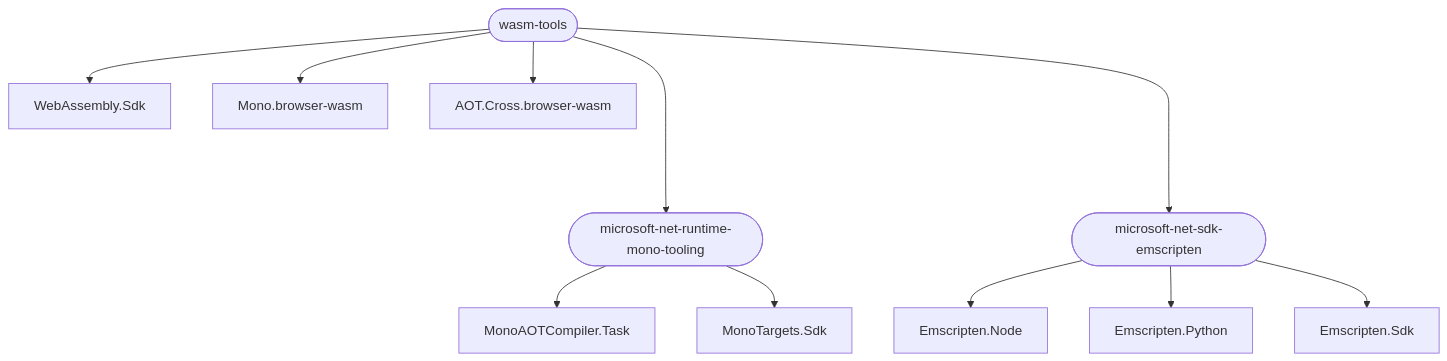
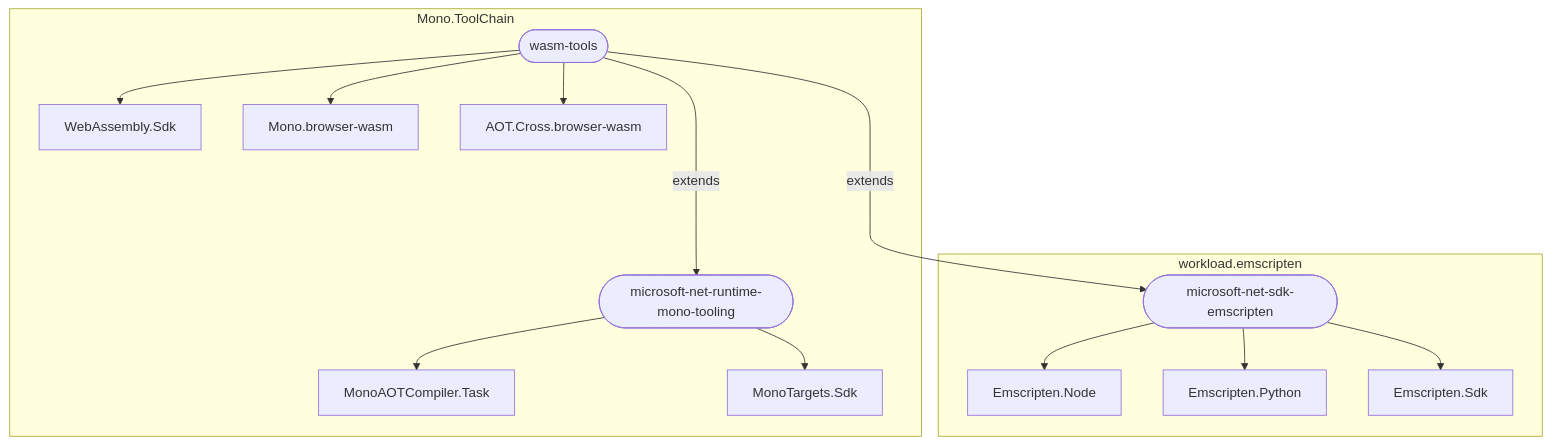
Before and after one commit to dsplaisted/WorkloadVersioningSample: the diagram in README.md, drawn with Mermaid. The commit also changed other lines of this file, not shown here.

Commit message:
Update dependency graph to include workload manifest boxes

````diff
--- a/README.md
+++ b/README.md
@@ -5,13 +5,19 @@
 ```mermaid
   graph TD;
+      subgraph Mono.ToolChain
       wasm-tools([wasm-tools])-->Microsoft.NET.Runtime.WebAssembly.Sdk[WebAssembly.Sdk];
       wasm-tools-->Microsoft.NETCore.App.Runtime.Mono.browser-wasm[Mono.browser-wasm];
       wasm-tools-->Microsoft.NETCore.App.Runtime.AOT.Cross.browser-wasm[AOT.Cross.browser-wasm];
-      wasm-tools---->microsoft-net-runtime-mono-tooling;
-      wasm-tools---->microsoft-net-sdk-emscripten;
+      wasm-tools---->|extends|microsoft-net-runtime-mono-tooling;
       microsoft-net-runtime-mono-tooling([microsoft-net-runtime-mono-tooling])-->Microsoft.NET.Runtime.MonoAOTCompiler.Task[MonoAOTCompiler.Task];
       microsoft-net-runtime-mono-tooling-->Microsoft.NET.Runtime.MonoTargets.Sdk[MonoTargets.Sdk];
+      end
+      
+      wasm-tools---->|extends|microsoft-net-sdk-emscripten;
+      
+      subgraph workload.emscripten
       microsoft-net-sdk-emscripten([microsoft-net-sdk-emscripten])-->Microsoft.NET.Runtime.Emscripten.Node[Emscripten.Node];
       microsoft-net-sdk-emscripten-->Microsoft.NET.Runtime.Emscripten.Python[Emscripten.Python];
       microsoft-net-sdk-emscripten-->Microsoft.NET.Runtime.Emscripten.Sdk[Emscripten.Sdk];
+      end
 ```
````
